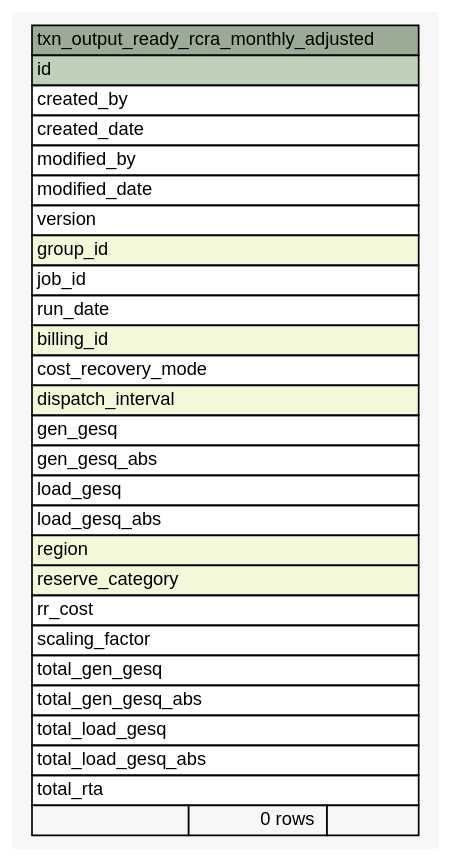
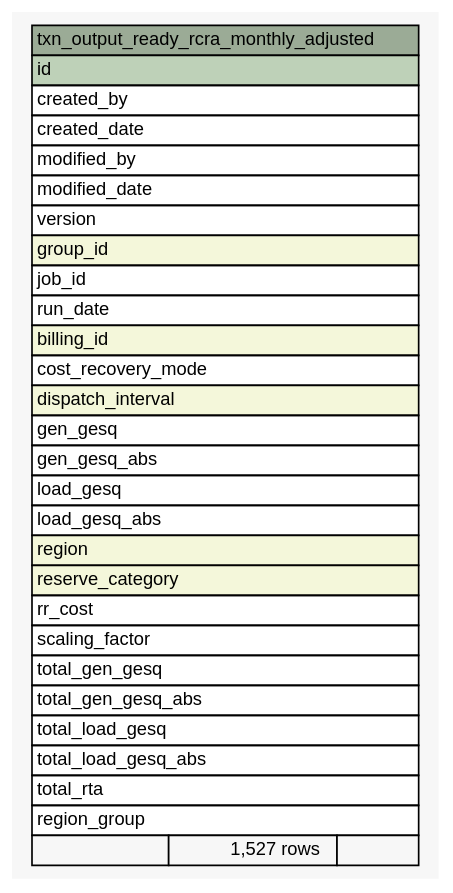
The diagram in Data/settlement/diagrams/summary/txn_output_ready_rcra_monthly_adjusted.1degree.dot (eyana-m/python-data-dictionary-writer), drawn with Graphviz before and after one commit. The commit also changed 715 other files, not shown here.

```diff
--- a/Data/settlement/diagrams/summary/txn_output_ready_rcra_monthly_adjusted.1degree.dot
+++ b/Data/settlement/diagrams/summary/txn_output_ready_rcra_monthly_adjusted.1degree.dot
@@ -1,54 +1,55 @@
-// dot 2.36.0 on Mac OS X 10.12.5
+// dot 2.36.0 on Mac OS X 10.12.6
 // SchemaSpy rev 590
 digraph "txn_output_ready_rcra_monthly_adjusted" {
   graph [
     rankdir="RL"
     bgcolor="#f7f7f7"
     nodesep="0.18"
     ranksep="0.46"
     fontname="Helvetica"
     fontsize="11"
   ];
   node [
     fontname="Helvetica"
     fontsize="11"
     shape="plaintext"
   ];
   edge [
     arrowsize="0.8"
   ];
   "txn_output_ready_rcra_monthly_adjusted" [
     label=<
     <TABLE BORDER="0" CELLBORDER="1" CELLSPACING="0" BGCOLOR="#ffffff">
       <TR><TD COLSPAN="3" BGCOLOR="#9bab96" ALIGN="CENTER">txn_output_ready_rcra_monthly_adjusted</TD></TR>
       <TR><TD PORT="id" COLSPAN="3" BGCOLOR="#bed1b8" ALIGN="LEFT">id</TD></TR>
       <TR><TD PORT="created_by" COLSPAN="3" ALIGN="LEFT">created_by</TD></TR>
       <TR><TD PORT="created_date" COLSPAN="3" ALIGN="LEFT">created_date</TD></TR>
       <TR><TD PORT="modified_by" COLSPAN="3" ALIGN="LEFT">modified_by</TD></TR>
       <TR><TD PORT="modified_date" COLSPAN="3" ALIGN="LEFT">modified_date</TD></TR>
       <TR><TD PORT="version" COLSPAN="3" ALIGN="LEFT">version</TD></TR>
       <TR><TD PORT="group_id" COLSPAN="3" BGCOLOR="#f4f7da" ALIGN="LEFT">group_id</TD></TR>
       <TR><TD PORT="job_id" COLSPAN="3" ALIGN="LEFT">job_id</TD></TR>
       <TR><TD PORT="run_date" COLSPAN="3" ALIGN="LEFT">run_date</TD></TR>
       <TR><TD PORT="billing_id" COLSPAN="3" BGCOLOR="#f4f7da" ALIGN="LEFT">billing_id</TD></TR>
       <TR><TD PORT="cost_recovery_mode" COLSPAN="3" ALIGN="LEFT">cost_recovery_mode</TD></TR>
       <TR><TD PORT="dispatch_interval" COLSPAN="3" BGCOLOR="#f4f7da" ALIGN="LEFT">dispatch_interval</TD></TR>
       <TR><TD PORT="gen_gesq" COLSPAN="3" ALIGN="LEFT">gen_gesq</TD></TR>
       <TR><TD PORT="gen_gesq_abs" COLSPAN="3" ALIGN="LEFT">gen_gesq_abs</TD></TR>
       <TR><TD PORT="load_gesq" COLSPAN="3" ALIGN="LEFT">load_gesq</TD></TR>
       <TR><TD PORT="load_gesq_abs" COLSPAN="3" ALIGN="LEFT">load_gesq_abs</TD></TR>
       <TR><TD PORT="region" COLSPAN="3" BGCOLOR="#f4f7da" ALIGN="LEFT">region</TD></TR>
       <TR><TD PORT="reserve_category" COLSPAN="3" BGCOLOR="#f4f7da" ALIGN="LEFT">reserve_category</TD></TR>
       <TR><TD PORT="rr_cost" COLSPAN="3" ALIGN="LEFT">rr_cost</TD></TR>
       <TR><TD PORT="scaling_factor" COLSPAN="3" ALIGN="LEFT">scaling_factor</TD></TR>
       <TR><TD PORT="total_gen_gesq" COLSPAN="3" ALIGN="LEFT">total_gen_gesq</TD></TR>
       <TR><TD PORT="total_gen_gesq_abs" COLSPAN="3" ALIGN="LEFT">total_gen_gesq_abs</TD></TR>
       <TR><TD PORT="total_load_gesq" COLSPAN="3" ALIGN="LEFT">total_load_gesq</TD></TR>
       <TR><TD PORT="total_load_gesq_abs" COLSPAN="3" ALIGN="LEFT">total_load_gesq_abs</TD></TR>
       <TR><TD PORT="total_rta" COLSPAN="3" ALIGN="LEFT">total_rta</TD></TR>
-      <TR><TD ALIGN="LEFT" BGCOLOR="#f7f7f7">  </TD><TD ALIGN="RIGHT" BGCOLOR="#f7f7f7">0 rows</TD><TD ALIGN="RIGHT" BGCOLOR="#f7f7f7">  </TD></TR>
+      <TR><TD PORT="region_group" COLSPAN="3" ALIGN="LEFT">region_group</TD></TR>
+      <TR><TD ALIGN="LEFT" BGCOLOR="#f7f7f7">  </TD><TD ALIGN="RIGHT" BGCOLOR="#f7f7f7">1,527 rows</TD><TD ALIGN="RIGHT" BGCOLOR="#f7f7f7">  </TD></TR>
     </TABLE>>
     URL="tables/txn_output_ready_rcra_monthly_adjusted.html"
     tooltip="txn_output_ready_rcra_monthly_adjusted"
   ];
 }
```
